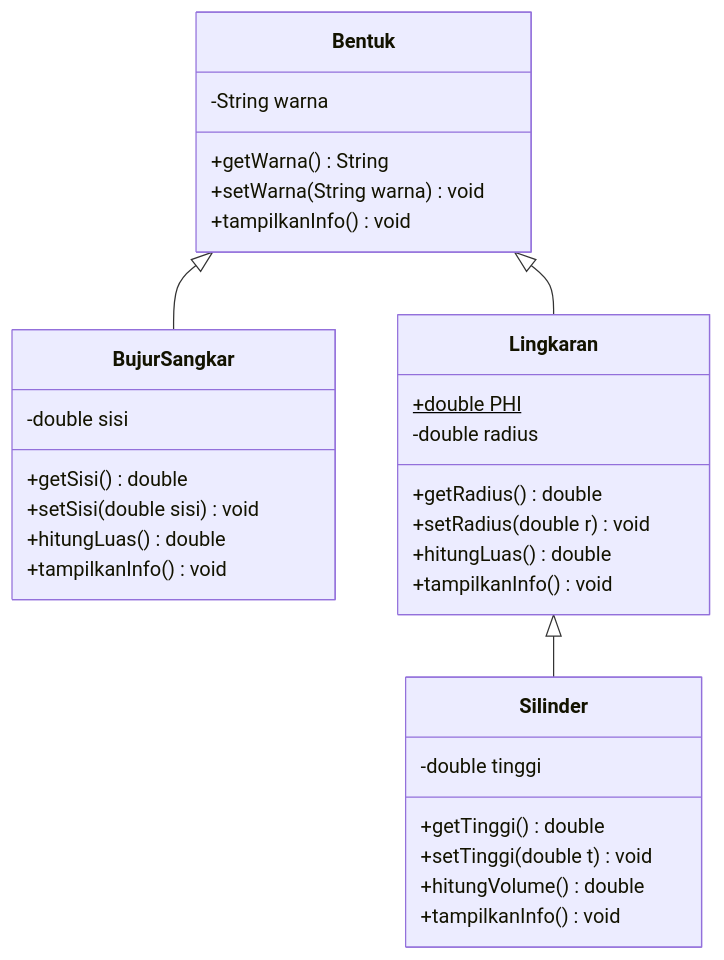
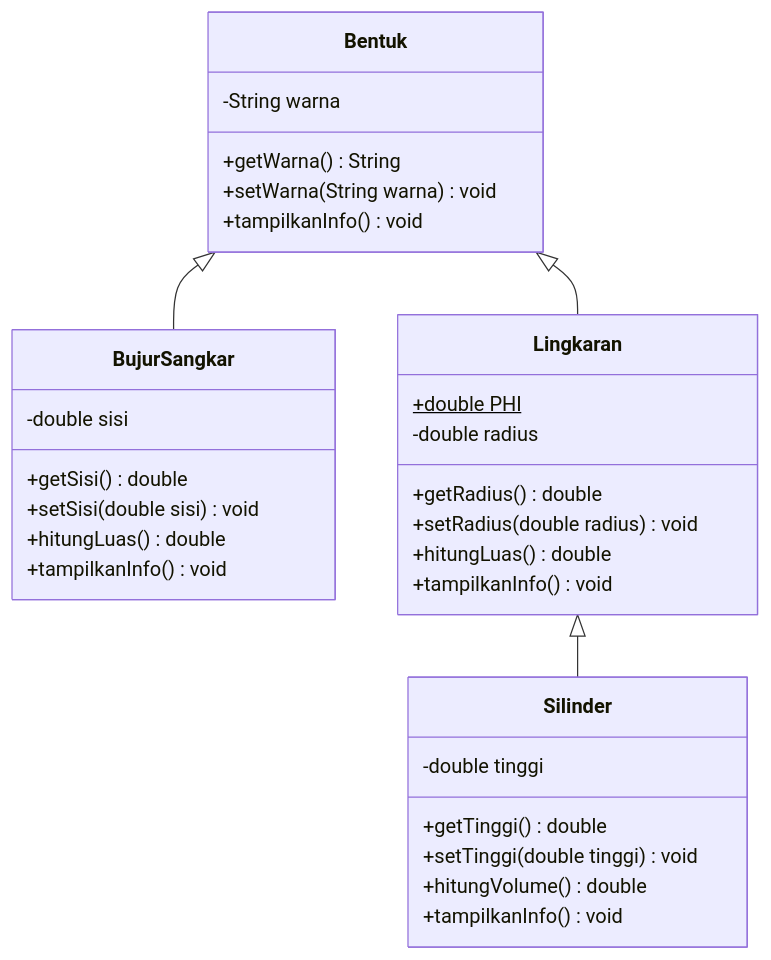
The diagram in Readme.md (Ashrithax/java-inheritance-shapes), drawn with Mermaid before and after one commit.

````diff
--- a/Readme.md
+++ b/Readme.md
@@ -29,35 +29,35 @@
 ```mermaid
 classDiagram
     Bentuk <|-- BujurSangkar
     Bentuk <|-- Lingkaran
     Lingkaran <|-- Silinder
 
     class Bentuk {
         -String warna
         +getWarna() String
         +setWarna(String warna) void
         +tampilkanInfo() void
     }
     class BujurSangkar {
         -double sisi
         +getSisi() double
         +setSisi(double sisi) void
         +hitungLuas() double
         +tampilkanInfo() void
     }
     class Lingkaran {
         +double PHI$
         -double radius
         +getRadius() double
-        +setRadius(double r) void
+        +setRadius(double radius) void
         +hitungLuas() double
         +tampilkanInfo() void
     }
     class Silinder {
         -double tinggi
         +getTinggi() double
-        +setTinggi(double t) void
+        +setTinggi(double tinggi) void
         +hitungVolume() double
         +tampilkanInfo() void
     }
 ```
````
